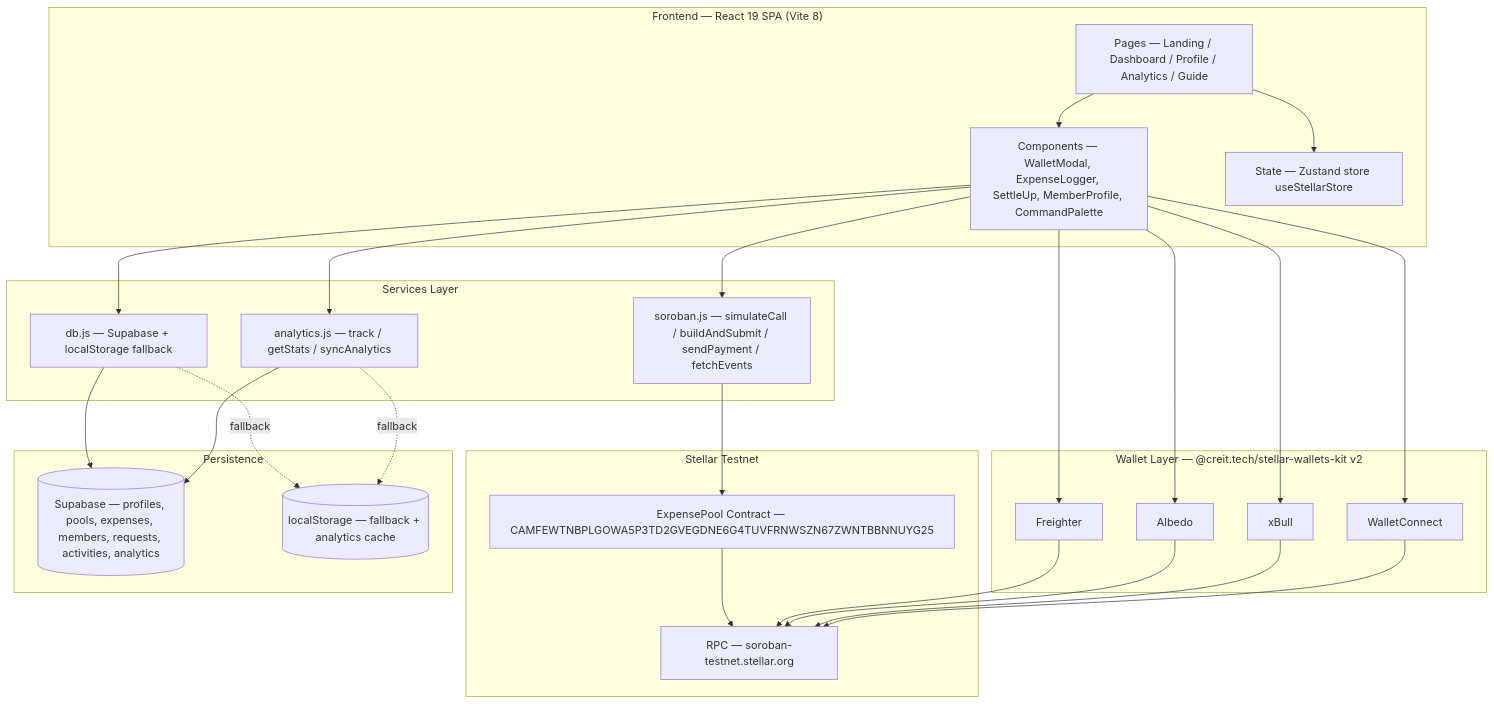
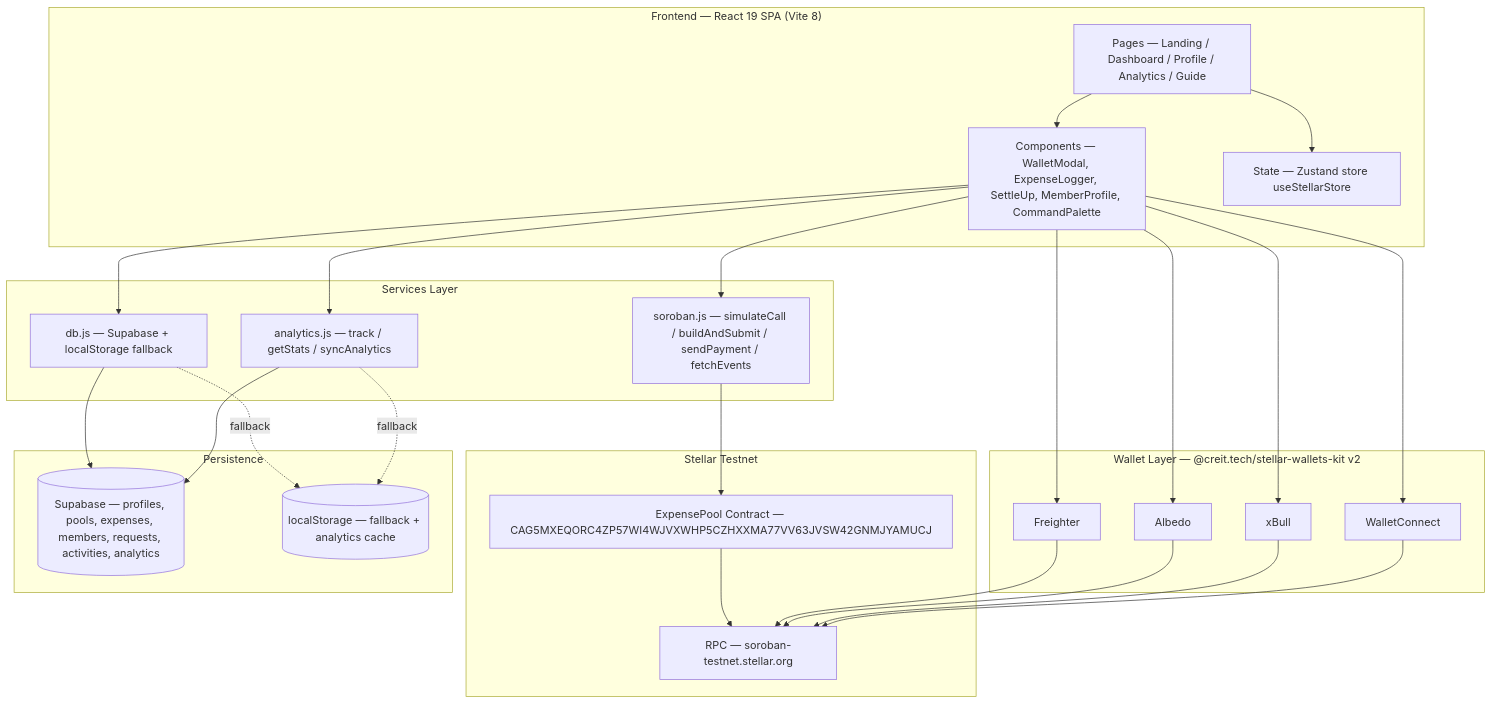
One commit to Anubhab-Rakshit/splitstellar changed the first of 9 diagrams in ARCHITECTURE.md. Above: the diagram before and after it, drawn with Mermaid. The commit also changed 4 other files, not shown here.

Commit message:
fix: align all contract IDs to CAG5MXE (the evidence contract)

````diff
--- a/ARCHITECTURE.md
+++ b/ARCHITECTURE.md
@@ -14,45 +14,45 @@
 ```mermaid
 flowchart TB
     subgraph client["Frontend — React 19 SPA (Vite 8)"]
         P[Pages — Landing / Dashboard / Profile / Analytics / Guide]
         C[Components — WalletModal, ExpenseLogger, SettleUp, MemberProfile, CommandPalette]
         S[State — Zustand store useStellarStore]
     end
 
     subgraph services["Services Layer"]
         WB[soroban.js — simulateCall / buildAndSubmit / sendPayment / fetchEvents]
         DB[db.js — Supabase + localStorage fallback]
         AN[analytics.js — track / getStats / syncAnalytics]
     end
 
     subgraph wallet["Wallet Layer — @creit.tech/stellar-wallets-kit v2"]
         W1[Freighter]
         W2[Albedo]
         W3[xBull]
         W4[WalletConnect]
     end
 
     subgraph stellar["Stellar Testnet"]
         RPC[RPC — soroban-testnet.stellar.org]
-        CT[ExpensePool Contract — CAMFEWTNBPLGOWA5P3TD2GVEGDNE6G4TUVFRNWSZN67ZWNTBBNNUYG25]
+        CT[ExpensePool Contract — CAG5MXEQORC4ZP57WI4WJVXWHP5CZHXXMA77VV63JVSW42GNMJYAMUCJ]
     end
 
     subgraph persist["Persistence"]
         SB[(Supabase — profiles, pools, expenses, members, requests, activities, analytics)]
         LS[(localStorage — fallback + analytics cache)]
     end
 
     P --> C
     P --> S
     C --> WB
     C --> DB
     C --> AN
     WB --> CT
     CT --> RPC
     C --> W1 & W2 & W3 & W4
     W1 & W2 & W3 & W4 --> RPC
     DB --> SB
     DB -. fallback .-> LS
     AN --> SB
     AN -. fallback .-> LS
 ```
````
